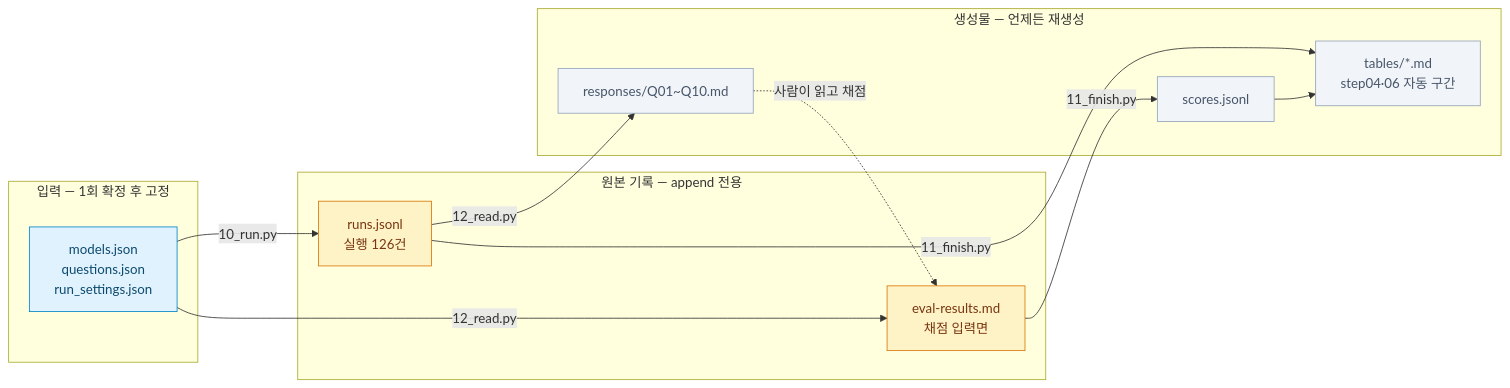
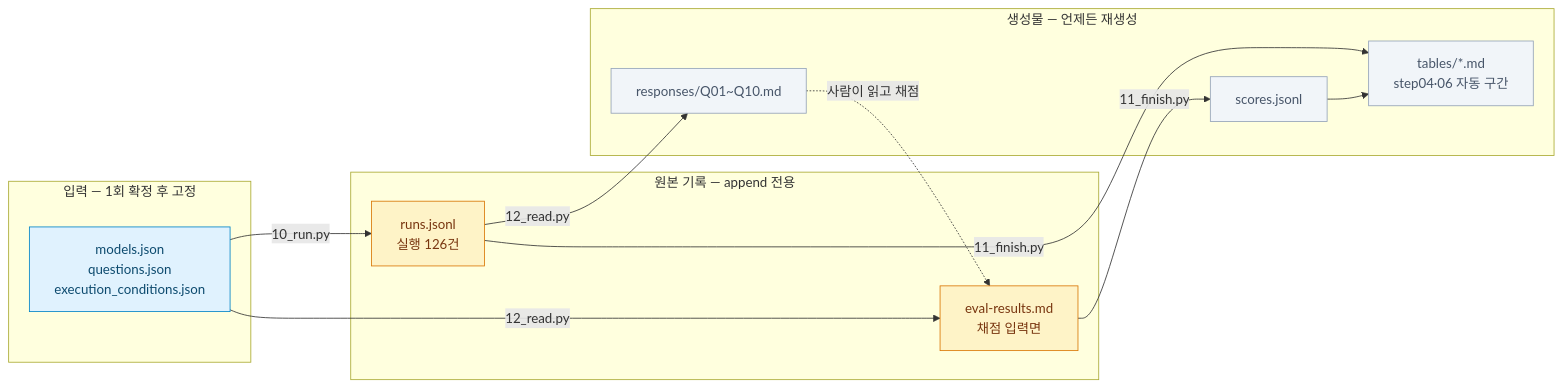
The fourth of 4 diagrams in README.md (ho-yu/kant-llm-project-01), drawn with Mermaid before and after one commit. The commit also changed other lines of this file and 35 other files, not shown here.

````diff
--- a/README.md
+++ b/README.md
@@ -407,32 +470,32 @@
 ```mermaid
 flowchart LR
     subgraph IN["입력 — 1회 확정 후 고정"]
-        CFG["models.json<br/>questions.json<br/>run_settings.json"]
+        CFG["models.json<br/>questions.json<br/>execution_conditions.json"]
     end
 
     subgraph RAW["원본 기록 — append 전용"]
         RUNS["runs.jsonl<br/>실행 126건"]
         EVAL["eval-results.md<br/>채점 입력면"]
     end
 
     subgraph GEN["생성물 — 언제든 재생성"]
         RESP["responses/Q01~Q10.md"]
         SCORES["scores.jsonl"]
         TABLES["tables/*.md<br/>step04·06 자동 구간"]
     end
 
     CFG -->|"10_run.py"| RUNS
     CFG -->|"12_read.py"| EVAL
     RUNS -->|"12_read.py"| RESP
     RESP -.->|"사람이 읽고 채점"| EVAL
     EVAL -->|"11_finish.py"| SCORES
     RUNS -->|"11_finish.py"| TABLES
     SCORES --> TABLES
 
     classDef inp fill:#e0f2fe,stroke:#0284c7,color:#0c4a6e
     classDef raw fill:#fef3c7,stroke:#d97706,color:#78350f
     classDef gen fill:#f1f5f9,stroke:#94a3b8,color:#475569
     class CFG inp
     class RUNS,EVAL raw
     class RESP,SCORES,TABLES gen
 ```
````
